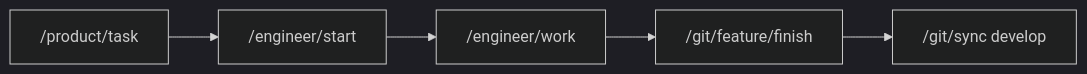
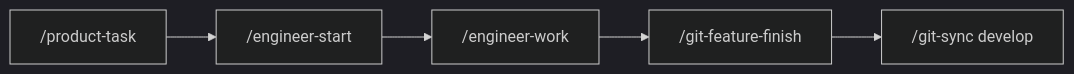
Before and after one commit to marciocar/onion-cursor: the second of 5 diagrams in .cursor/skills/git-readme/SKILL.md, drawn with Mermaid (dark theme). The commit also changed other lines of this file and 239 other files, not shown here.

````diff
--- a/.cursor/skills/git-readme/SKILL.md
+++ b/.cursor/skills/git-readme/SKILL.md
@@ -181,7 +181,7 @@
 ```mermaid
 flowchart LR
-    A["/product/task"] --> B["/engineer/start"]
-    B --> C["/engineer/work"]
-    C --> D["/git/feature/finish"]
-    D --> E["/git/sync develop"]
+    A["/product-task"] --> B["/engineer-start"]
+    B --> C["/engineer-work"]
+    C --> D["/git-feature-finish"]
+    D --> E["/git-sync develop"]
 ```
````
